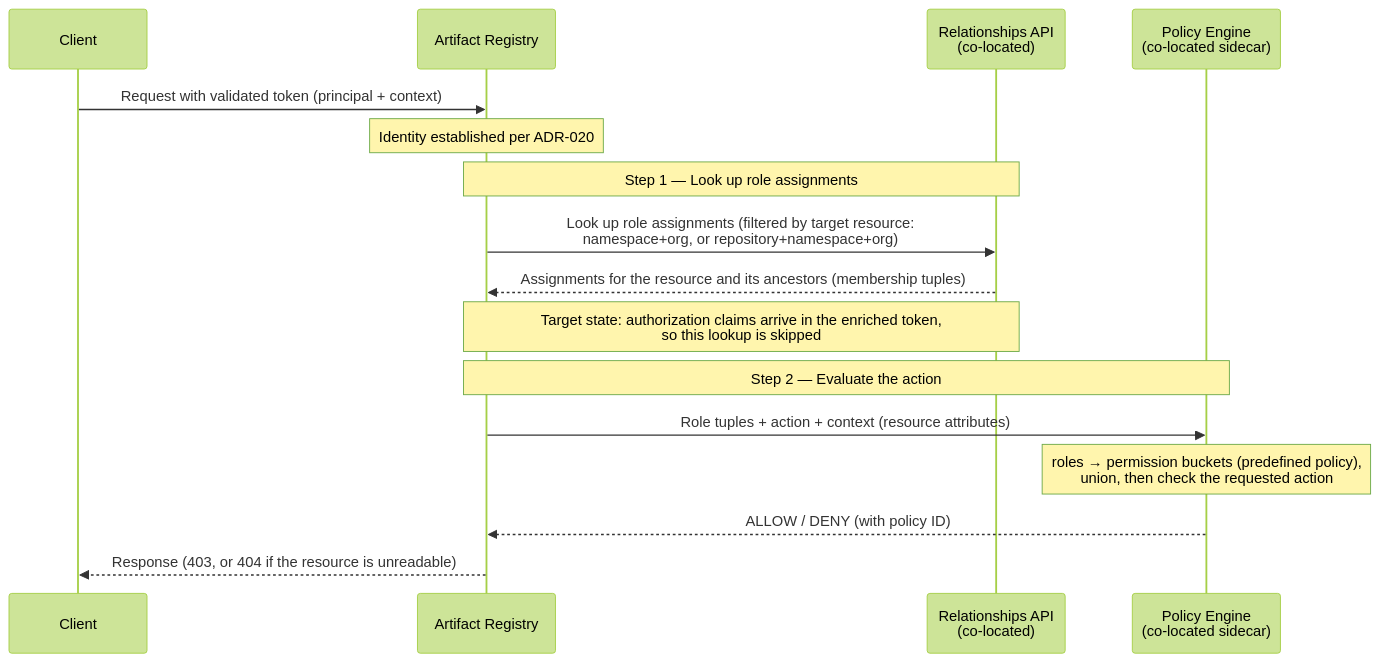
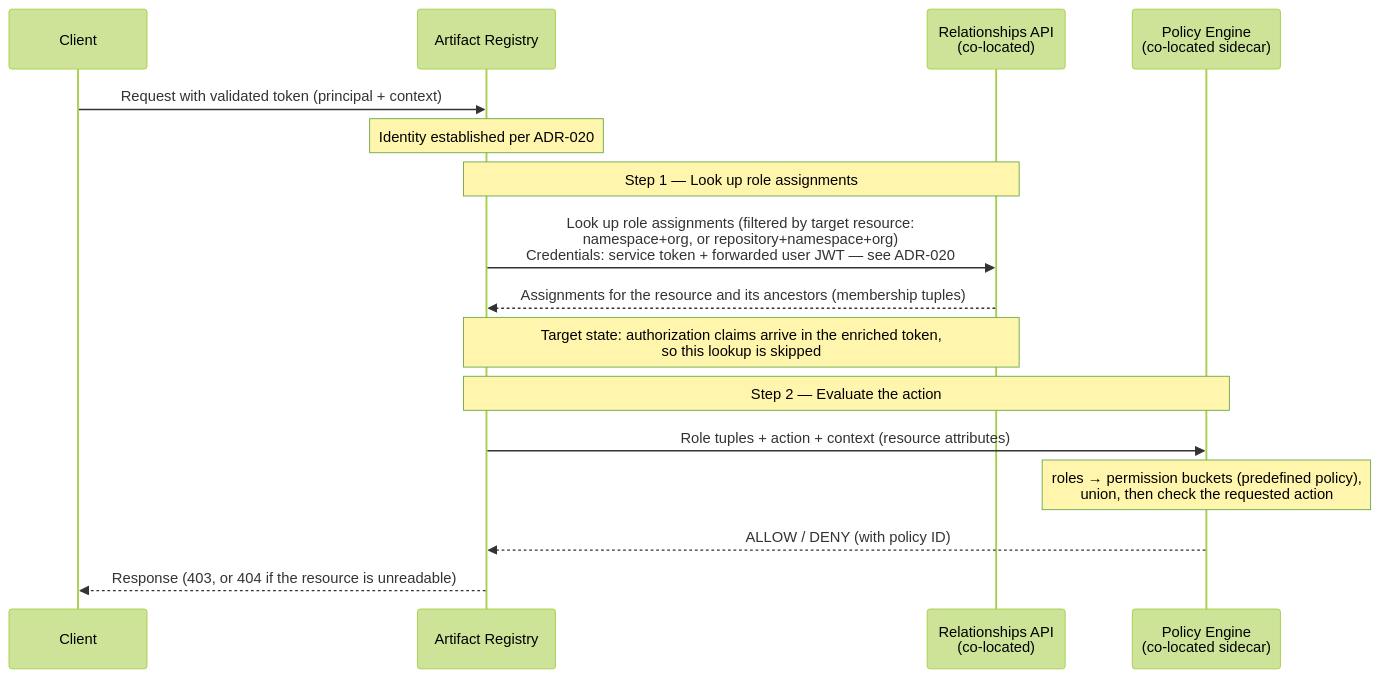
The first of 2 diagrams in content/handbook/engineering/architecture/design-documents/artifact_registry/decisions/021_authorization.md (kyama0/gitlab-handbook-ja), drawn with Mermaid (forest theme) before and after one commit. The commit also changed other lines of this file and 90 other files, not shown here.

````diff
--- a/content/handbook/engineering/architecture/design-documents/artifact_registry/decisions/021_authorization.md
+++ b/content/handbook/engineering/architecture/design-documents/artifact_registry/decisions/021_authorization.md
@@ -210,22 +213,22 @@
 ```mermaid
 sequenceDiagram
     participant Client
     participant AR as Artifact Registry
     participant Rel as Relationships API<br/>(co-located)
     participant PE as Policy Engine<br/>(co-located sidecar)
 
     Client->>AR: Request with validated token (principal + context)
     Note over AR: Identity established per ADR-020
 
     Note over AR,Rel: Step 1 — Look up role assignments
-    AR->>Rel: Look up role assignments (filtered by target resource:<br/>namespace+org, or repository+namespace+org)
+    AR->>Rel: Look up role assignments (filtered by target resource:<br/>namespace+org, or repository+namespace+org)<br/>Credentials: service token + forwarded user JWT — see ADR-020
     Rel-->>AR: Assignments for the resource and its ancestors (membership tuples)
     Note over AR,Rel: Target state: authorization claims arrive in the enriched token,<br/>so this lookup is skipped
 
     Note over AR,PE: Step 2 — Evaluate the action
     AR->>PE: Role tuples + action + context (resource attributes)
     Note over PE: roles → permission buckets (predefined policy),<br/>union, then check the requested action
     PE-->>AR: ALLOW / DENY (with policy ID)
 
     AR-->>Client: Response (403, or 404 if the resource is unreadable)
 ```
````
